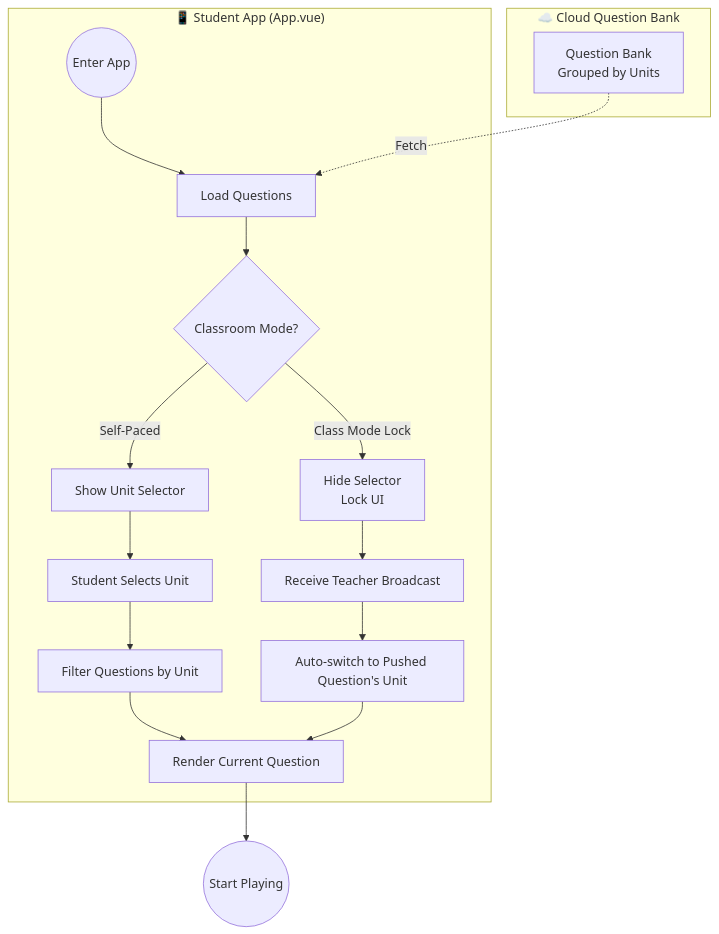
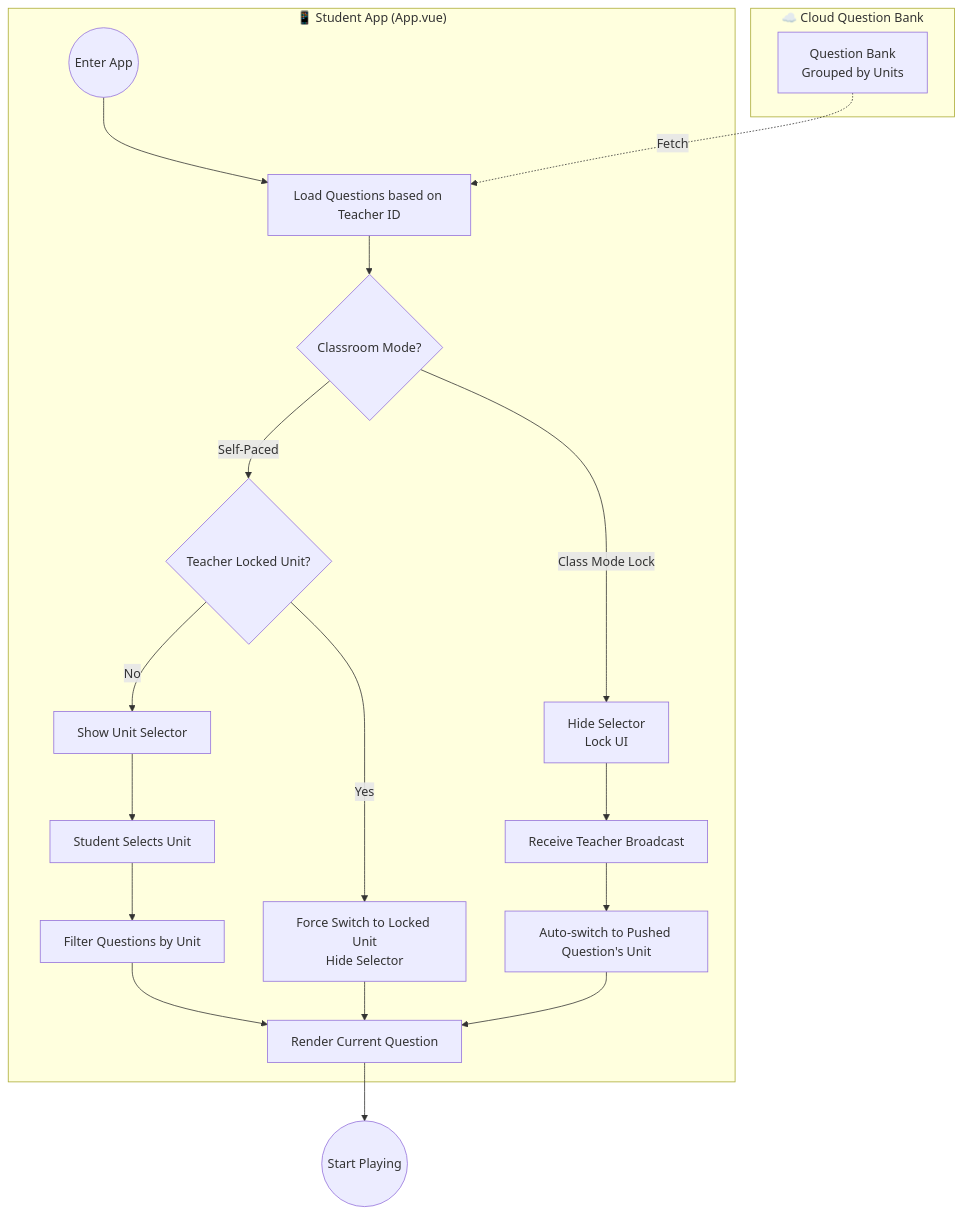
Before and after one commit to ylin3-learner/SyntaxHunt: the third of 4 diagrams in README.md, drawn with Mermaid. The commit also changed other lines of this file and 1 other file, not shown here.

Commit message:
docs: update README with unit locking feature and fixed data flow diagram

````diff
--- a/README.md
+++ b/README.md
@@ -139,25 +139,29 @@
 ```mermaid
 flowchart TD
     subgraph Data ["☁️ Cloud Question Bank"]
         QB[Question Bank<br>Grouped by Units]
     end
 
     subgraph App ["📱 Student App (App.vue)"]
-        Start((Enter App)) --> Load[Load Questions]
+        Start((Enter App)) --> Load[Load Questions based on Teacher ID]
         Load --> ModeCheck{Classroom Mode?}
         
-        ModeCheck -->|Self-Paced| ShowSelector[Show Unit Selector]
+        ModeCheck -->|Self-Paced| LockCheck{Teacher Locked Unit?}
+        LockCheck -->|No| ShowSelector[Show Unit Selector]
         ShowSelector --> UserSelect[Student Selects Unit]
         UserSelect --> Filter1[Filter Questions by Unit]
+        
+        LockCheck -->|Yes| ForceFilter[Force Switch to Locked Unit<br>Hide Selector]
         
         ModeCheck -->|Class Mode Lock| LockUI[Hide Selector<br>Lock UI]
         LockUI --> TeacherPush[Receive Teacher Broadcast]
         TeacherPush --> AutoSwitch[Auto-switch to Pushed Question's Unit]
         
         Filter1 --> Render[Render Current Question]
+        ForceFilter --> Render
         AutoSwitch --> Render
     end
     
     QB -. "Fetch" .-> Load
     Render --> End((Start Playing))
 ```
````
